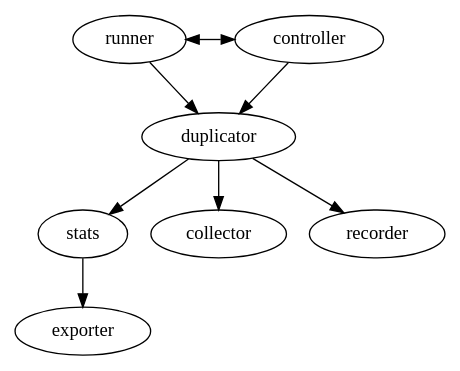
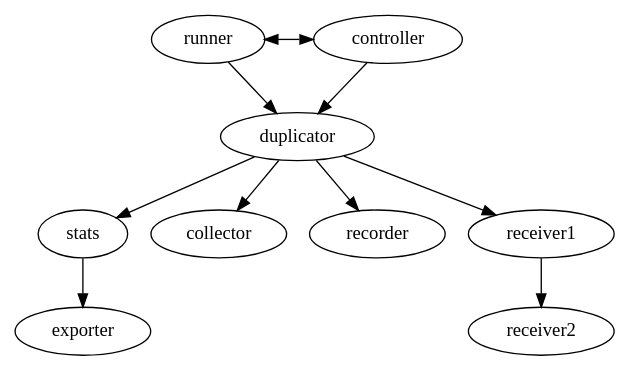
The diagram in docs/design-deployment.rst (sky-uk/mite), drawn with Graphviz before and after one commit. The commit also changed other lines of this file and 1 other file, not shown here.

First line of the commit message:
Add receiver to docs/components

```diff
--- a/docs/design-deployment.rst
+++ b/docs/design-deployment.rst
@@ -37,19 +38,20 @@
 .. graphviz::
 
    digraph architecture {
 
    runner -> duplicator;
    controller -> duplicator;
    duplicator -> stats;
    duplicator -> collector;
    duplicator -> recorder;
    stats -> exporter;
+   duplicator -> receiver1 -> receiver2;
 
    subgraph rc {
      rank="same"
      runner
      controller
      runner -> controller [dir=both, label = "    "];
    }
 
    }
```
